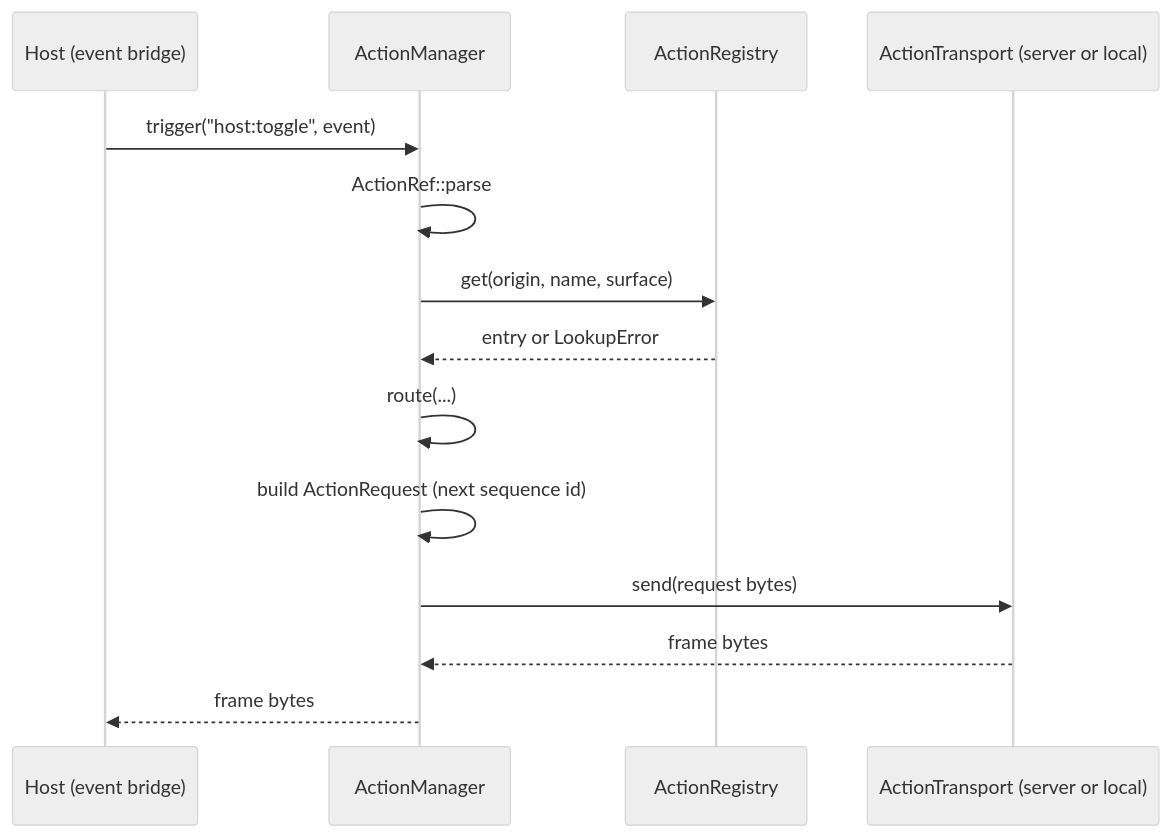
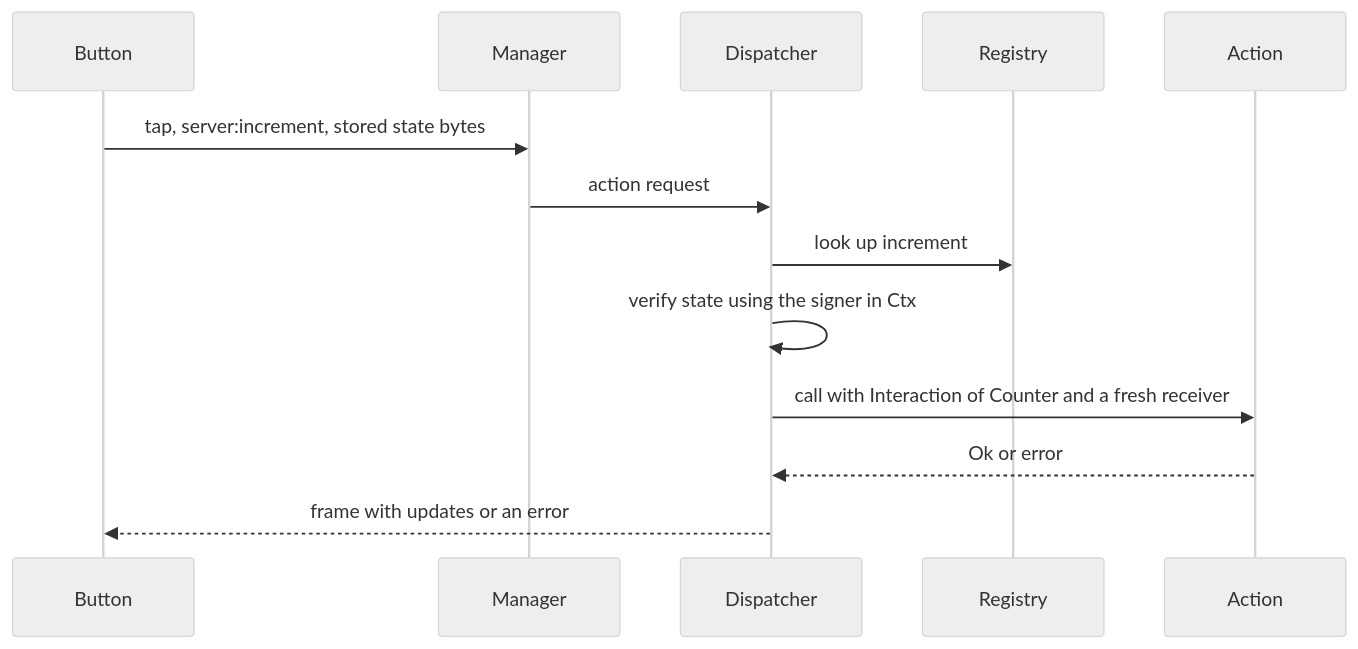
The diagram in specifications/69-foundation-ui-v2/features/05-action-runtime/feature.md (ewe-studios/ewe_platform), drawn with Mermaid (neutral theme) before and after one commit. The commit also changed other lines of this file and 7 other files, not shown here.

Commit message:
Simplify the state signer and action registry specifications

````diff
--- a/specifications/69-foundation-ui-v2/features/05-action-runtime/feature.md
+++ b/specifications/69-foundation-ui-v2/features/05-action-runtime/feature.md
@@ -634,16 +120,15 @@
 ```mermaid
 sequenceDiagram
-    participant H as Host (event bridge)
-    participant M as ActionManager
-    participant R as ActionRegistry
-    participant T as ActionTransport (server or local)
-    H->>M: trigger("host:toggle", event)
-    M->>M: ActionRef::parse
-    M->>R: get(origin, name, surface)
-    R-->>M: entry or LookupError
-    M->>M: route(...)
-    M->>M: build ActionRequest (next sequence id)
-    M->>T: send(request bytes)
-    T-->>M: frame bytes
-    M-->>H: frame bytes
+    participant Button
+    participant Manager
+    participant Dispatcher
+    participant Registry
+    participant Action
+    Button->>Manager: tap, server:increment, stored state bytes
+    Manager->>Dispatcher: action request
+    Dispatcher->>Registry: look up increment
+    Dispatcher->>Dispatcher: verify state using the signer in Ctx
+    Dispatcher->>Action: call with Interaction of Counter and a fresh receiver
+    Action-->>Dispatcher: Ok or error
+    Dispatcher-->>Button: frame with updates or an error
 ```
````
